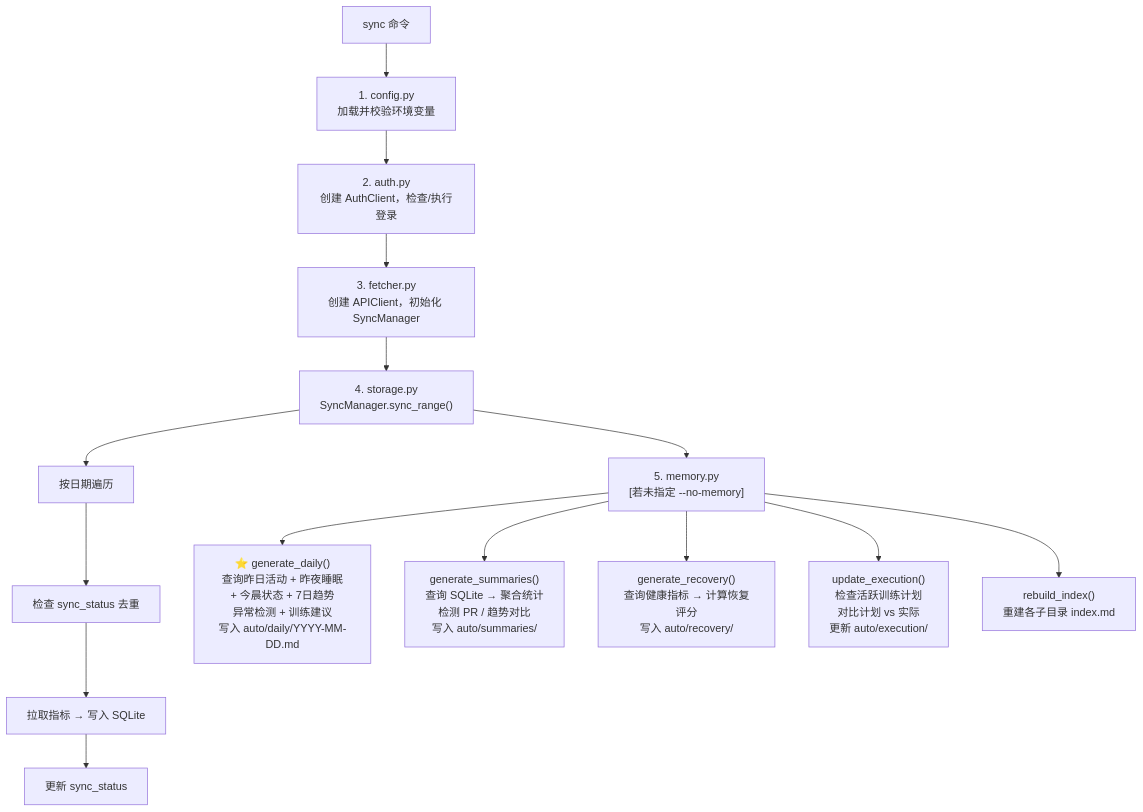
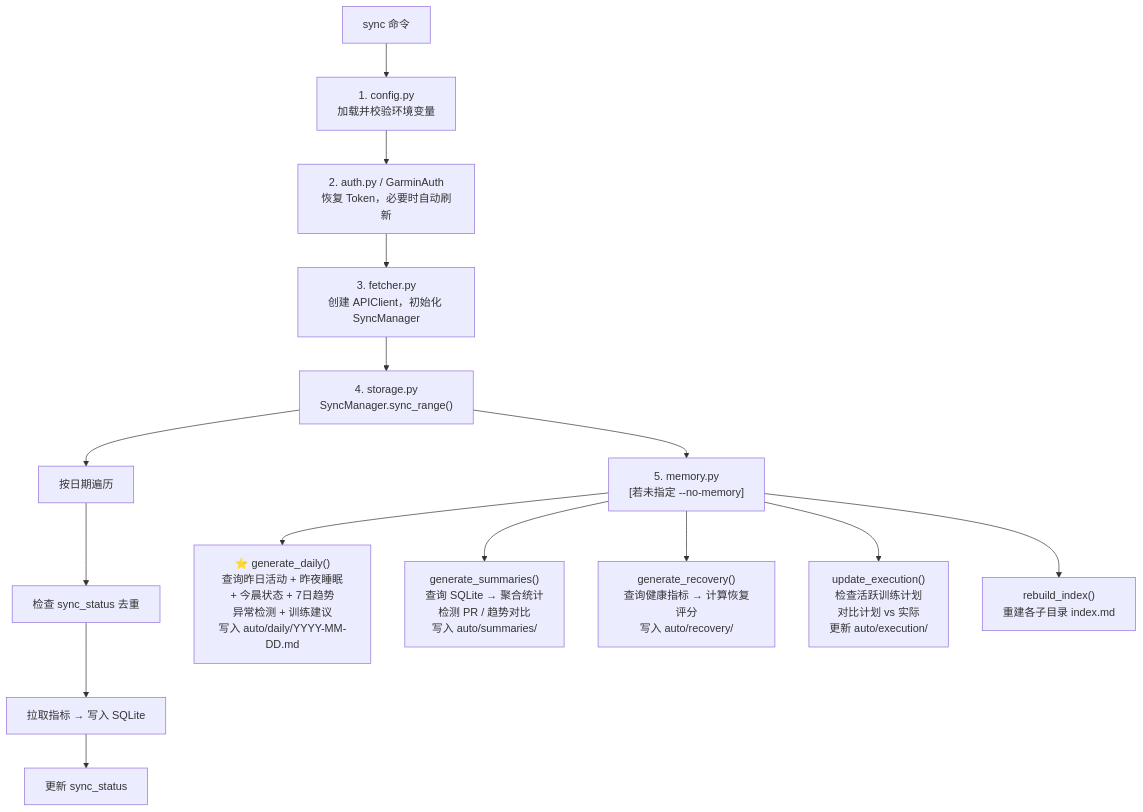
The second of 7 diagrams in docs/design/05-data-flow.md (qd1993102/rundown), drawn with Mermaid before and after one commit. The commit also changed other lines of this file and 25 other files, not shown here.

````diff
--- a/docs/design/05-data-flow.md
+++ b/docs/design/05-data-flow.md
@@ -37,27 +37,27 @@
 ```mermaid
 graph TD
     SYNC["sync 命令"]
     S1["1. config.py<br/>加载并校验环境变量"]
-    S2["2. auth.py<br/>创建 AuthClient，检查/执行登录"]
+    S2["2. auth.py / GarminAuth<br/>恢复 Token，必要时自动刷新"]
     S3["3. fetcher.py<br/>创建 APIClient，初始化 SyncManager"]
     S4["4. storage.py<br/>SyncManager.sync_range()"]
     S4A["按日期遍历"]
     S4B["检查 sync_status 去重"]
     S4C["拉取指标 → 写入 SQLite"]
     S4D["更新 sync_status"]
     S5["5. memory.py<br/>[若未指定 --no-memory]"]
     S5_DAILY["⭐ generate_daily()<br/>查询昨日活动 + 昨夜睡眠<br/>+ 今晨状态 + 7日趋势<br/>异常检测 + 训练建议<br/>写入 auto/daily/YYYY-MM-DD.md"]
     S5A["generate_summaries()<br/>查询 SQLite → 聚合统计<br/>检测 PR / 趋势对比<br/>写入 auto/summaries/"]
     S5B["generate_recovery()<br/>查询健康指标 → 计算恢复评分<br/>写入 auto/recovery/"]
     S5C["update_execution()<br/>检查活跃训练计划<br/>对比计划 vs 实际<br/>更新 auto/execution/"]
     S5D["rebuild_index()<br/>重建各子目录 index.md"]
 
     SYNC --> S1 --> S2 --> S3 --> S4
     S4 --> S4A --> S4B --> S4C --> S4D
     S4 --> S5
     S5 --> S5_DAILY
     S5 --> S5A
     S5 --> S5B
     S5 --> S5C
     S5 --> S5D
 ```
````
